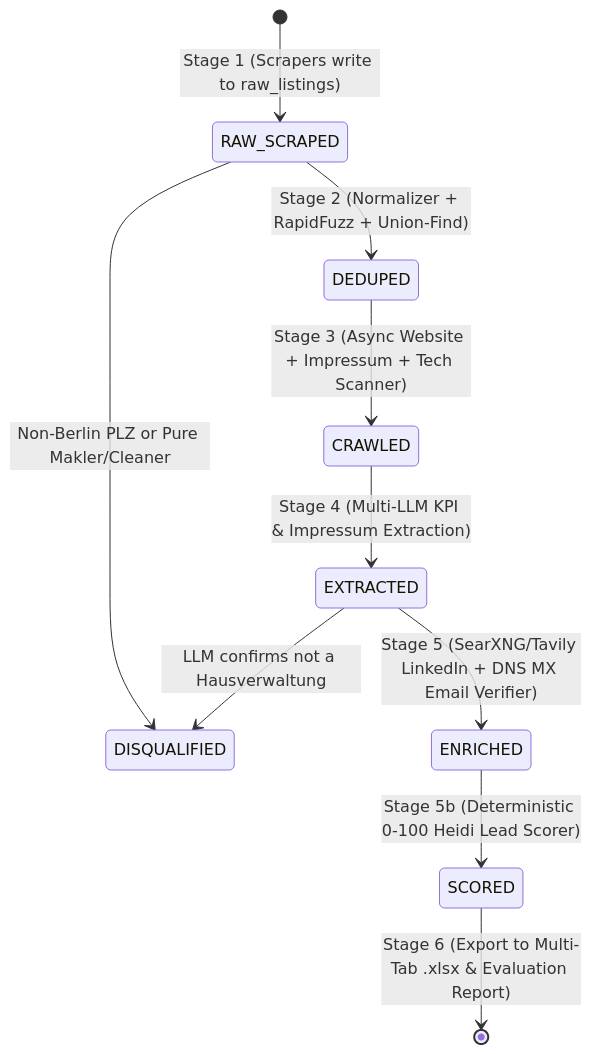
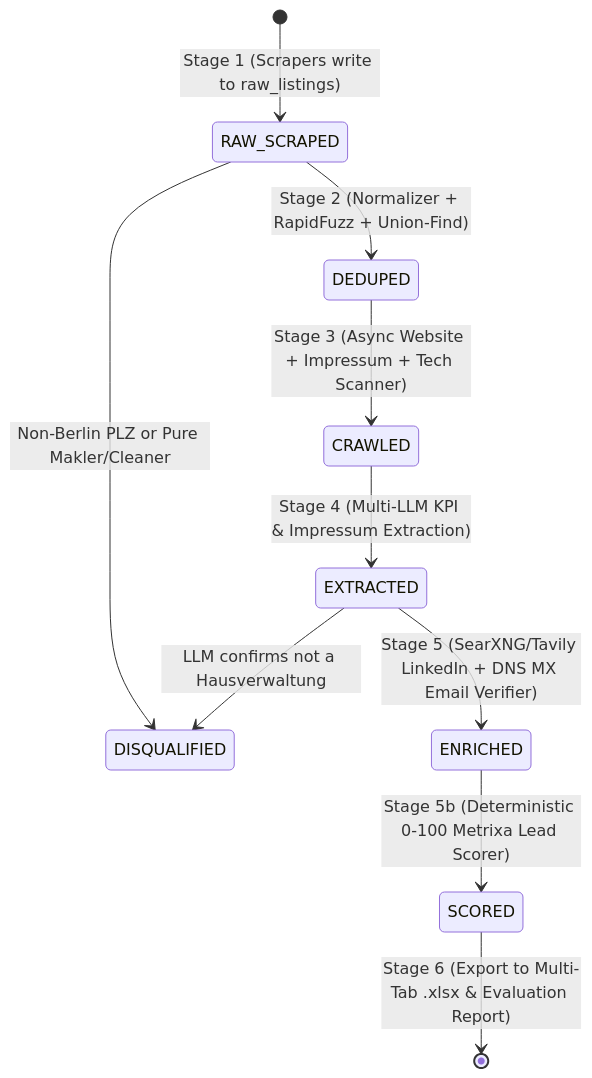
One commit to sainibhaowal/Metrixa-Systems changed the second of 2 diagrams in docs/Working Docs/05_DATABASE_SCHEMA_DATA_STRUCTURES_AND_EXPORT_SPEC.md. Above: the diagram before and after it, drawn with Mermaid. The commit also changed other lines of this file and 66 other files, not shown here.

````diff
--- a/docs/Working Docs/05_DATABASE_SCHEMA_DATA_STRUCTURES_AND_EXPORT_SPEC.md
+++ b/docs/Working Docs/05_DATABASE_SCHEMA_DATA_STRUCTURES_AND_EXPORT_SPEC.md
@@ -137,12 +137,12 @@
 ```mermaid
 stateDiagram-v2
     [*] --> RAW_SCRAPED: Stage 1 (Scrapers write to raw_listings)
     RAW_SCRAPED --> DEDUPED: Stage 2 (Normalizer + RapidFuzz + Union-Find)
     RAW_SCRAPED --> DISQUALIFIED: Non-Berlin PLZ or Pure Makler/Cleaner
     DEDUPED --> CRAWLED: Stage 3 (Async Website + Impressum + Tech Scanner)
     CRAWLED --> EXTRACTED: Stage 4 (Multi-LLM KPI & Impressum Extraction)
     EXTRACTED --> DISQUALIFIED: LLM confirms not a Hausverwaltung
     EXTRACTED --> ENRICHED: Stage 5 (SearXNG/Tavily LinkedIn + DNS MX Email Verifier)
-    ENRICHED --> SCORED: Stage 5b (Deterministic 0-100 Heidi Lead Scorer)
+    ENRICHED --> SCORED: Stage 5b (Deterministic 0-100 Metrixa Lead Scorer)
     SCORED --> [*]: Stage 6 (Export to Multi-Tab .xlsx & Evaluation Report)
 ```
````
